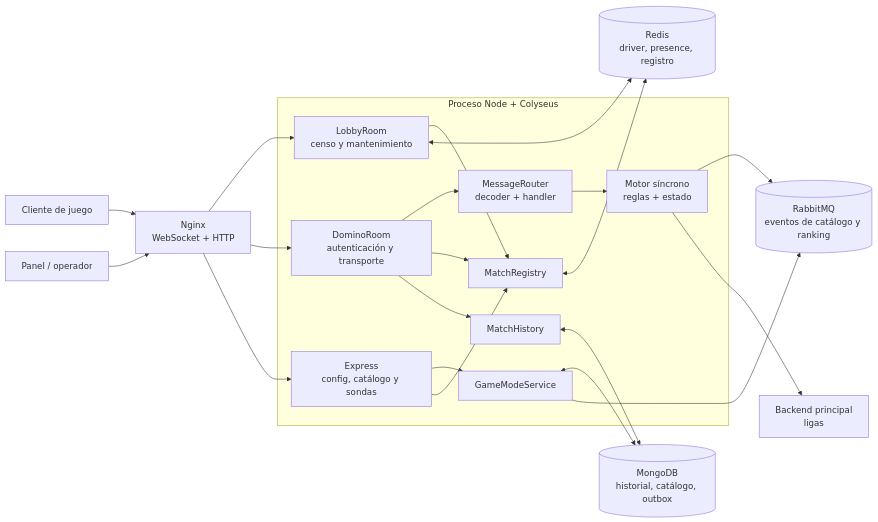
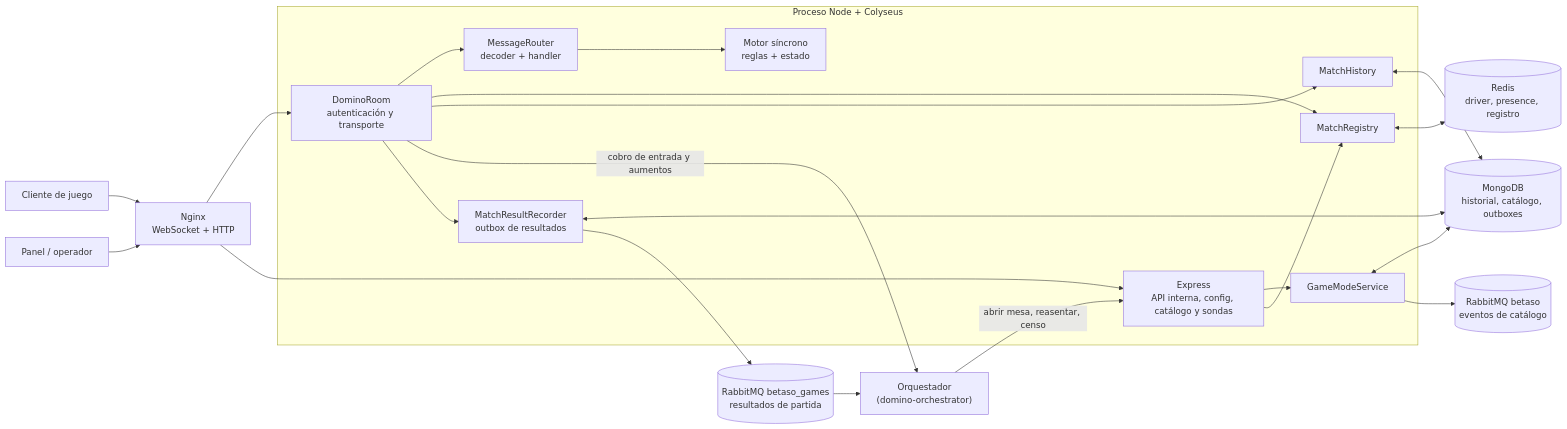
Before and after one commit to Betaso-Team/domino-backend-v2: the first of 5 diagrams in docs/arquitectura.md, drawn with Mermaid. The commit also changed other lines of this file and 175 other files, not shown here.

````diff
--- a/docs/arquitectura.md
+++ b/docs/arquitectura.md
@@ -9,41 +15,43 @@
 ```mermaid
 flowchart LR
   Client["Cliente de juego"]
+  Orch["Orquestador\n(domino-orchestrator)"]
   Panel["Panel / operador"]
   Proxy["Nginx\nWebSocket + HTTP"]
 
   subgraph Process["Proceso Node + Colyseus"]
-    Lobby["LobbyRoom\ncenso y mantenimiento"]
     Room["DominoRoom\nautenticación y transporte"]
     Router["MessageRouter\ndecoder + handler"]
     Engine["Motor síncrono\nreglas + estado"]
-    HTTP["Express\nconfig, catálogo y sondas"]
+    HTTP["Express\nAPI interna, config, catálogo y sondas"]
     Registry["MatchRegistry"]
     Catalog["GameModeService"]
     History["MatchHistory"]
+    Results["MatchResultRecorder\noutbox de resultados"]
   end
 
   Redis[("Redis\ndriver, presence, registro")]
-  Mongo[("MongoDB\nhistorial, catálogo, outbox")]
-  Rabbit[("RabbitMQ\neventos de catálogo y ranking")]
-  Backend["Backend principal\nligas"]
+  Mongo[("MongoDB\nhistorial, catálogo, outboxes")]
+  Rabbit[("RabbitMQ betaso\neventos de catálogo")]
+  Games[("RabbitMQ betaso_games\nresultados de partida")]
 
   Client --> Proxy
   Panel --> Proxy
-  Proxy --> Lobby
+  Orch -->|"abrir mesa, reasentar, censo"| HTTP
   Proxy --> Room
   Proxy --> HTTP
   Room --> Router --> Engine
   Room --> Registry
-  Lobby --> Registry
   Room --> History
+  Room -->|"cobro de entrada y aumentos"| Orch
+  Room --> Results
   HTTP --> Catalog
   HTTP --> Registry
   Registry <--> Redis
-  Lobby <--> Redis
   History <--> Mongo
   Catalog <--> Mongo
+  Results <--> Mongo
   Catalog --> Rabbit
-  Engine --> Rabbit
-  Engine --> Backend
+  Results --> Games
+  Games --> Orch
 ```
````
